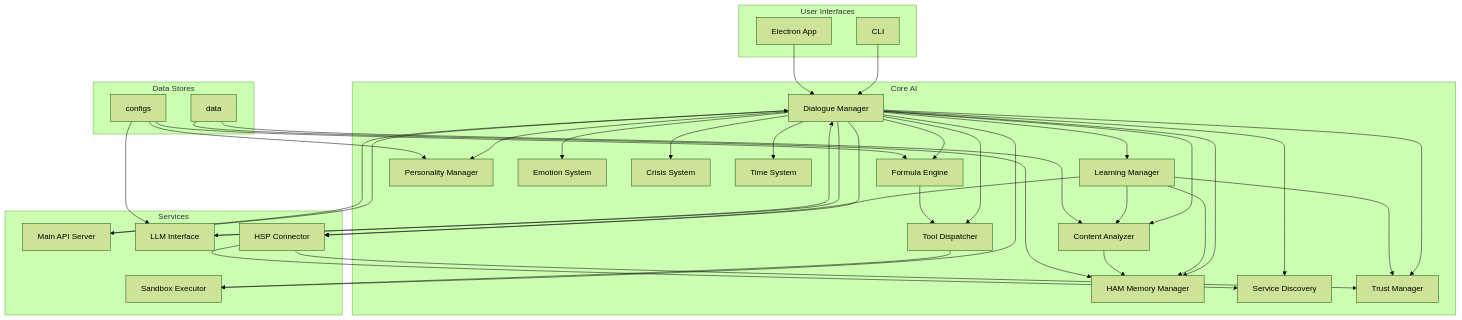
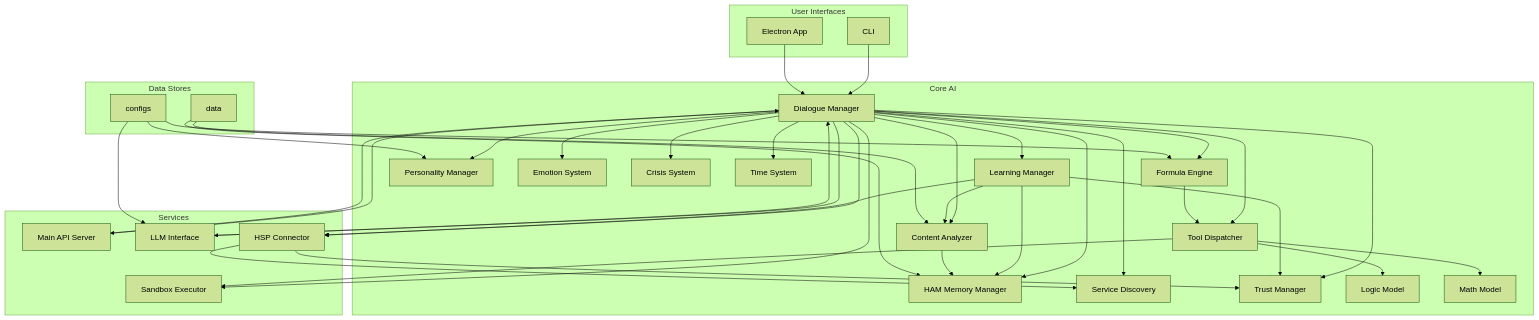
The diagram in docs/architecture/logic_diagram.md (catcatAI/Unified-AI-Project), drawn with Mermaid (forest theme) before and after one commit. The commit also changed 7 other files, not shown here.

```diff
--- a/docs/architecture/logic_diagram.md
+++ b/docs/architecture/logic_diagram.md
@@ -18,6 +18,8 @@
         L[Content Analyzer]
         M[Service Discovery]
         N[Trust Manager]
+        LM[Logic Model]
+        MM[Math Model]
     end
 
     subgraph Services
@@ -39,6 +41,9 @@
     C --> E
     C --> F
     C --> G
+
+    G --> LM
+    G --> MM
     C --> H
     C --> I
     C --> J
```
